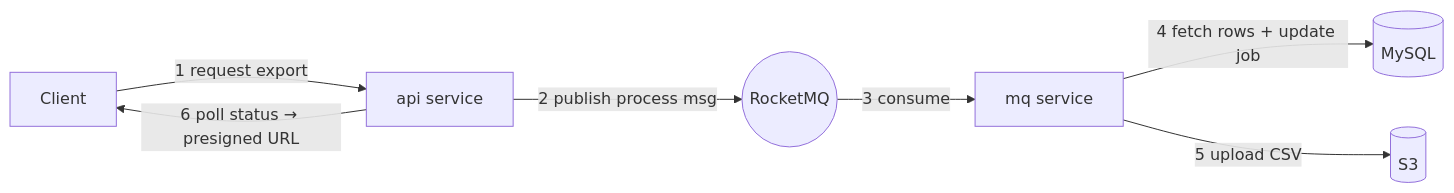
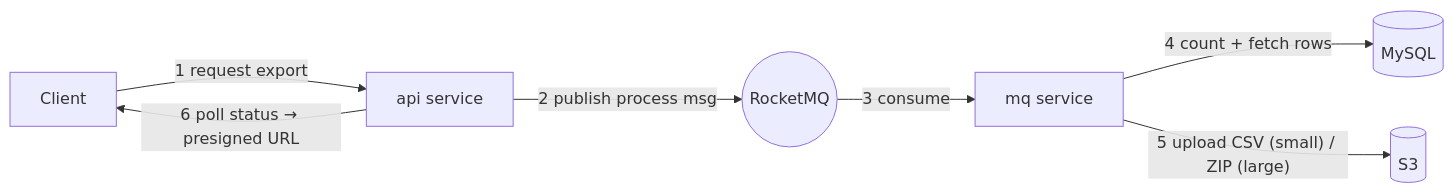
One commit to fikrimohammad/efficient-report-exporter changed the first of 10 diagrams in README.md. Above: the diagram before and after it, drawn with Mermaid. The commit also changed other lines of this file, not shown here.

First line of the commit message:
docs: rewrite README with architecture and pipeline design

````diff
--- a/README.md
+++ b/README.md
@@ -43,16 +69,16 @@
 ```mermaid
 flowchart LR
     C[Client]
     API["api service"]
+    RMQ(("RocketMQ"))
     MQ["mq service"]
-    RMQ(("RocketMQ"))
     DB[(MySQL)]
     S3[(S3)]
 
     C -->|"1 request export"| API
     API -->|"2 publish process msg"| RMQ
     RMQ -->|"3 consume"| MQ
-    MQ -->|"4 fetch rows + update job"| DB
-    MQ -->|"5 upload CSV"| S3
+    MQ -->|"4 count + fetch rows"| DB
+    MQ -->|"5 upload CSV (small) / ZIP (large)"| S3
     API -->|"6 poll status → presigned URL"| C
 ```
````
